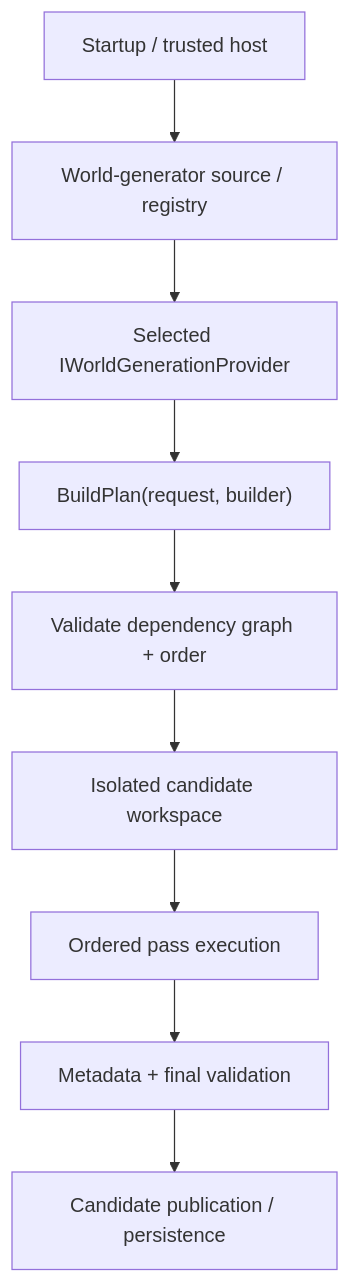
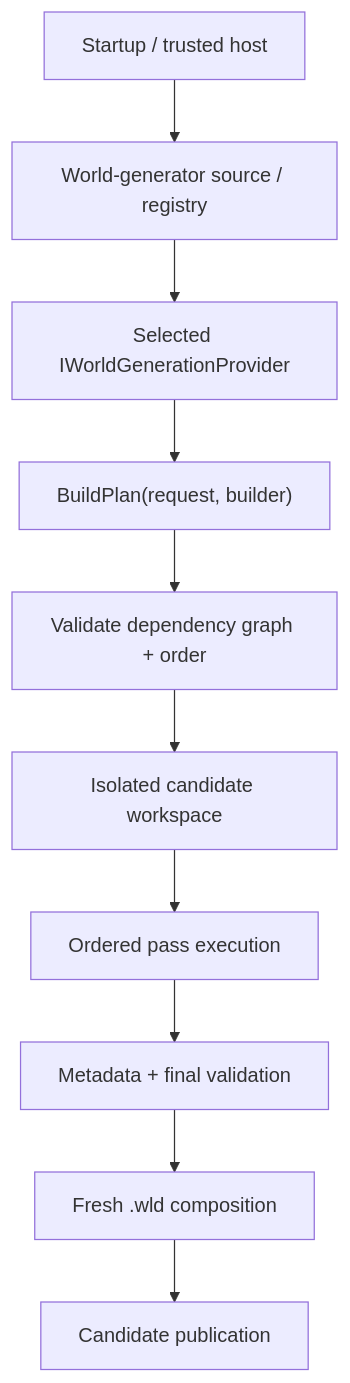
One commit to VegaKernel/TerraRuntime changed the first of 5 diagrams in docs/ru/world-generation.md. Above: the diagram before and after it, drawn with Mermaid. The commit also changed other lines of this file, not shown here.

````diff
--- a/docs/ru/world-generation.md
+++ b/docs/ru/world-generation.md
@@ -17,11 +23,12 @@
 ```mermaid
 flowchart TD
     Start["Startup / trusted host"] --> Registry["World-generator source / registry"]
     Registry --> Provider["Selected IWorldGenerationProvider"]
     Provider --> Plan["BuildPlan(request, builder)"]
     Plan --> ValidatePlan["Validate dependency graph + order"]
     ValidatePlan --> Workspace["Isolated candidate workspace"]
     Workspace --> Execute["Ordered pass execution"]
     Execute --> ValidateWorld["Metadata + final validation"]
-    ValidateWorld --> Publish["Candidate publication / persistence"]
+    ValidateWorld --> Persist["Fresh .wld composition"]
+    Persist --> Publish["Candidate publication"]
 ```
````
